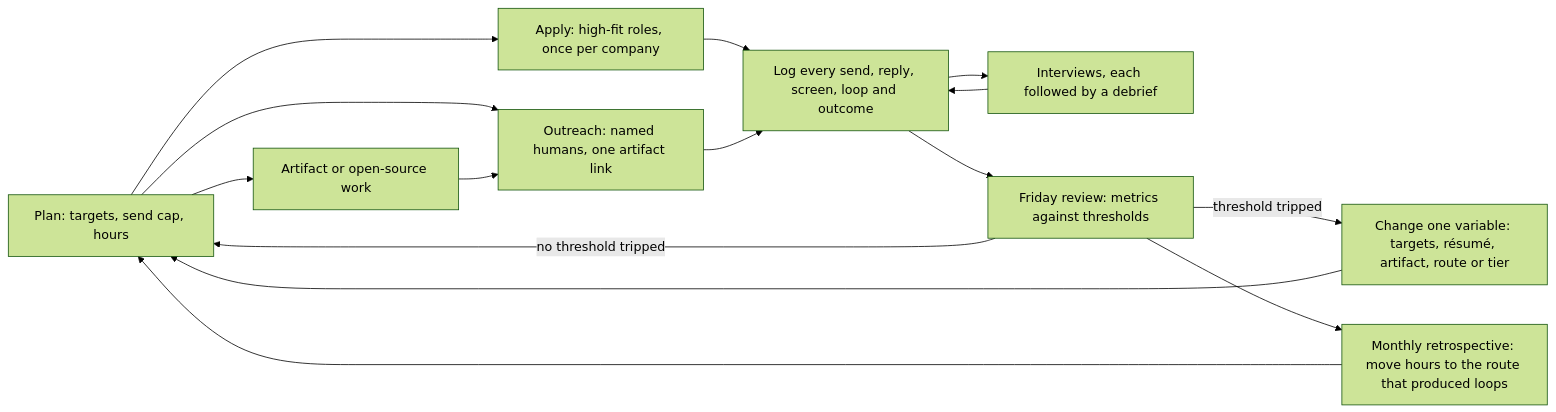
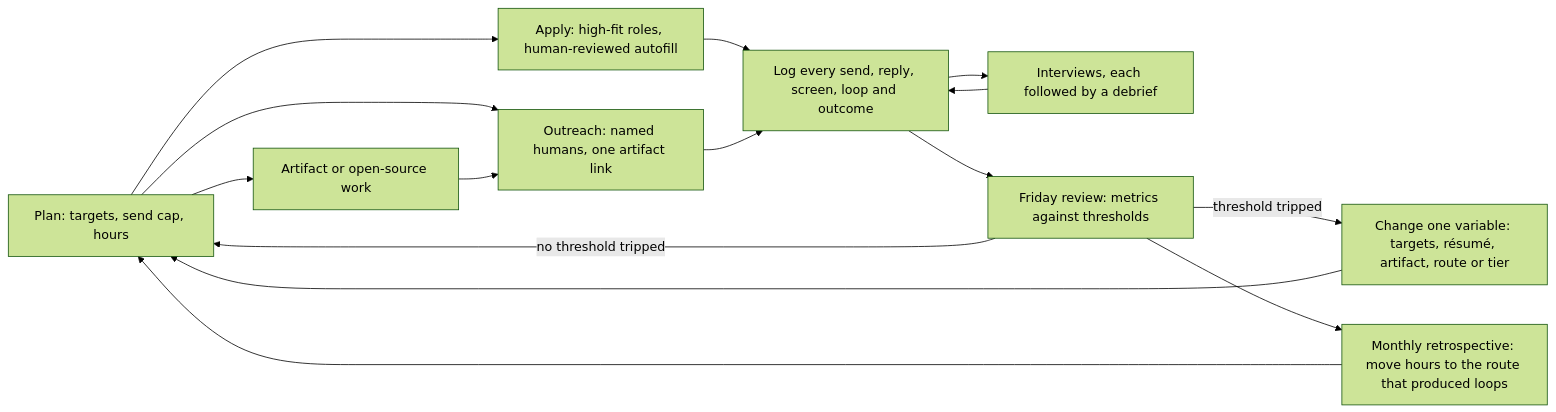
One commit to bhaskarjha-dev/genai-career changed the diagram in career/06-job-search/application-operating-system.md. Above: the diagram before and after it, drawn with Mermaid (forest theme). The commit also changed other lines of this file and 14 other files, not shown here.

````diff
--- a/career/06-job-search/application-operating-system.md
+++ b/career/06-job-search/application-operating-system.md
@@ -33,17 +33,17 @@
 ```mermaid
 flowchart LR
-    P["Plan: targets, send cap, hours"] --> A["Apply: high-fit roles, once per company"]
+    P["Plan: targets, send cap, hours"] --> A["Apply: high-fit roles, human-reviewed autofill"]
     P --> O["Outreach: named humans, one artifact link"]
     P --> W["Artifact or open-source work"]
     W --> O
     A --> L["Log every send, reply, screen, loop and outcome"]
     O --> L
     L --> I["Interviews, each followed by a debrief"]
     I --> L
     L --> R["Friday review: metrics against thresholds"]
     R -->|"no threshold tripped"| P
     R -->|"threshold tripped"| C["Change one variable: targets, résumé, artifact, route or tier"]
     C --> P
     R --> M["Monthly retrospective: move hours to the route that produced loops"]
     M --> P
 ```
````
